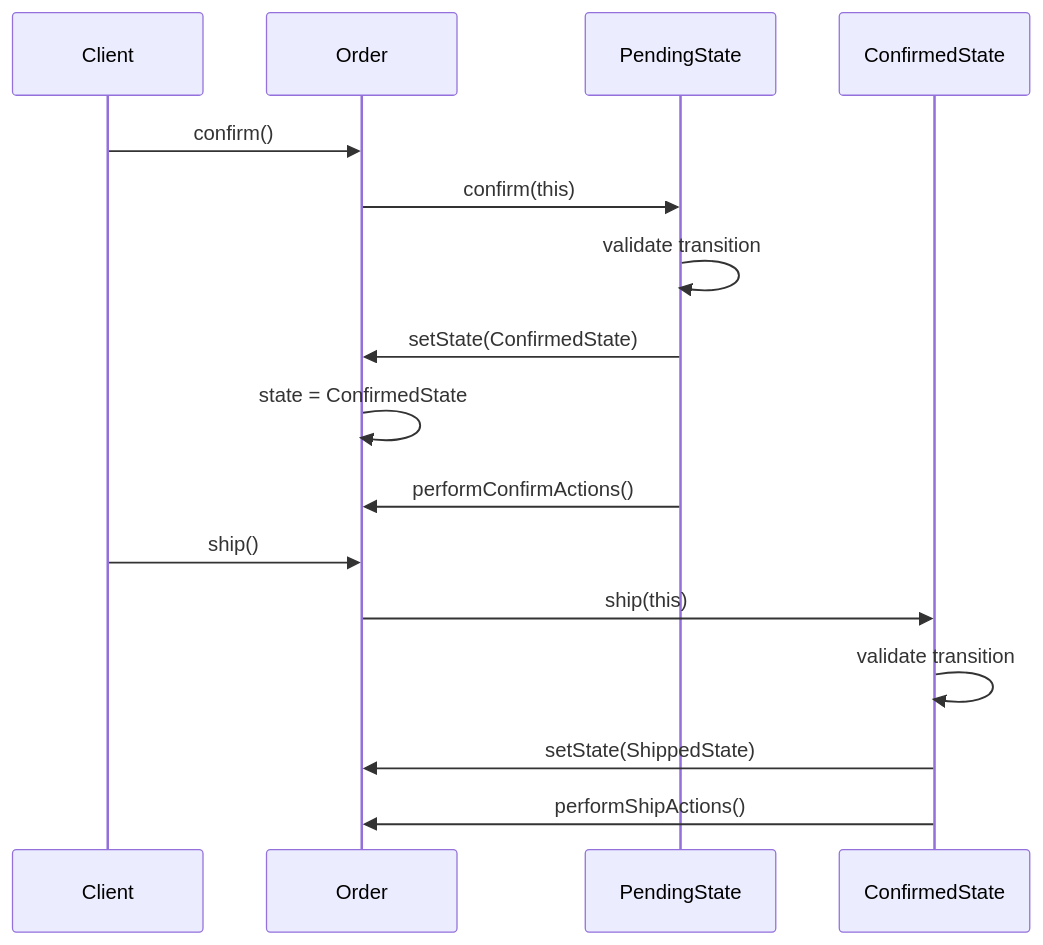
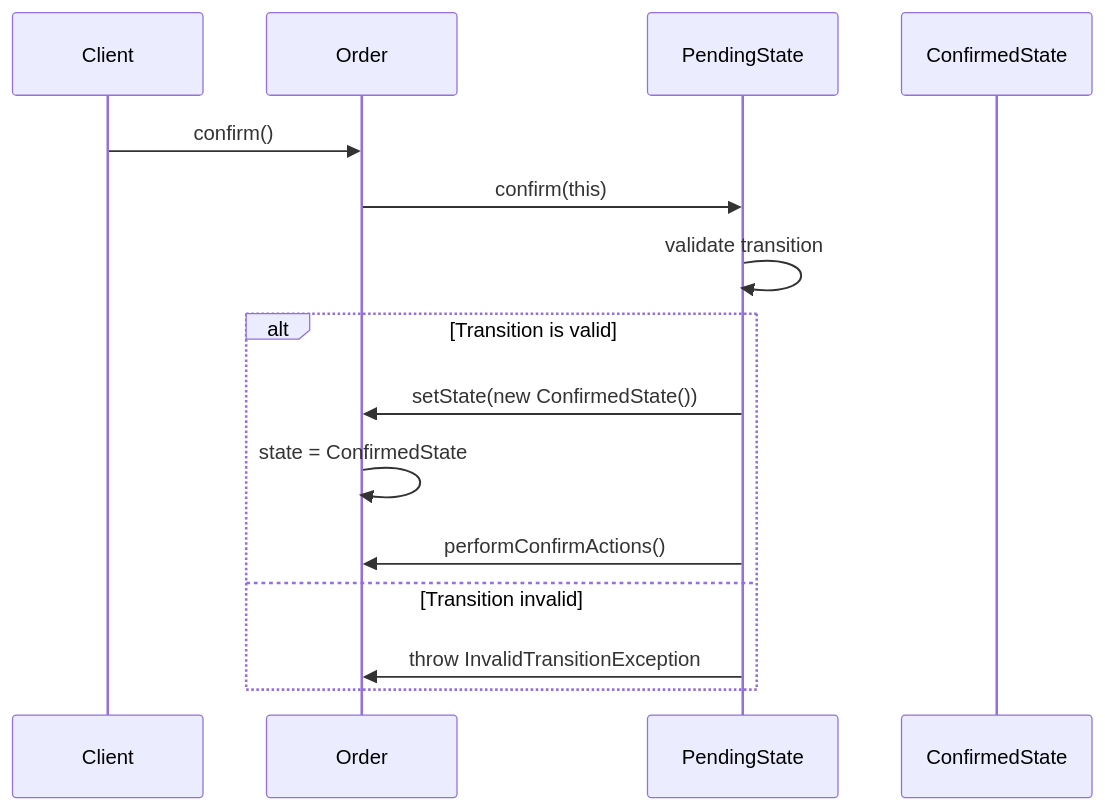
Before and after one commit to JheisonMB/software-patterns-guide: the fourth of 4 diagrams in patrones-diseno/comportamiento/patterns/State.md, drawn with Mermaid. The commit also changed other lines of this file and 22 other files, not shown here.

````diff
--- a/patrones-diseno/comportamiento/patterns/State.md
+++ b/patrones-diseno/comportamiento/patterns/State.md
@@ -156,20 +219,19 @@
 ```mermaid
 sequenceDiagram
     participant Client
     participant Order
     participant PendingState
     participant ConfirmedState
     
     Client->>Order: confirm()
     Order->>PendingState: confirm(this)
     PendingState->>PendingState: validate transition
-    PendingState->>Order: setState(ConfirmedState)
-    Order->>Order: state = ConfirmedState
-    PendingState->>Order: performConfirmActions()
     
-    Client->>Order: ship()
-    Order->>ConfirmedState: ship(this)
-    ConfirmedState->>ConfirmedState: validate transition
-    ConfirmedState->>Order: setState(ShippedState)
-    ConfirmedState->>Order: performShipActions()
+    alt Transition is valid
+        PendingState->>Order: setState(new ConfirmedState())
+        Order->>Order: state = ConfirmedState
+        PendingState->>Order: performConfirmActions()
+    else Transition invalid
+        PendingState->>Order: throw InvalidTransitionException
+    end
 ```
````
